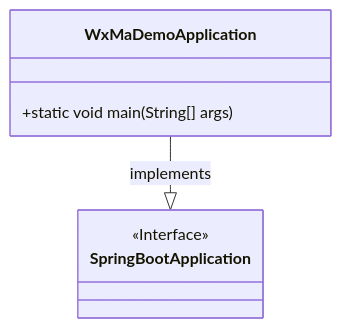
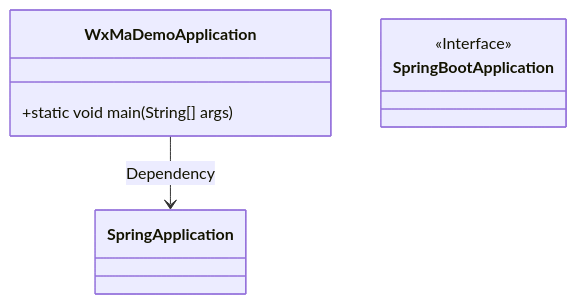
Before and after one commit to v-wjrong/binary_weixin-java-miniapp-demo: the first of 2 diagrams in docs/en/docs/src/main/java/com/github/binarywang/demo/wx/miniapp/WxMaDemoApplication.md, drawn with Mermaid. The commit also changed other lines of this file and 47 other files, not shown here.

````diff
--- a/docs/en/docs/src/main/java/com/github/binarywang/demo/wx/miniapp/WxMaDemoApplication.md
+++ b/docs/en/docs/src/main/java/com/github/binarywang/demo/wx/miniapp/WxMaDemoApplication.md
@@ -36,12 +36,12 @@
 ```mermaid
 classDiagram
     class WxMaDemoApplication {
         +static void main(String[] args)
     }
 
     class SpringBootApplication <<Interface>> {
         <<Interface>>
     }
 
-    WxMaDemoApplication --|> SpringBootApplication : implements
+    WxMaDemoApplication --> SpringApplication : Dependency
 ```
````
